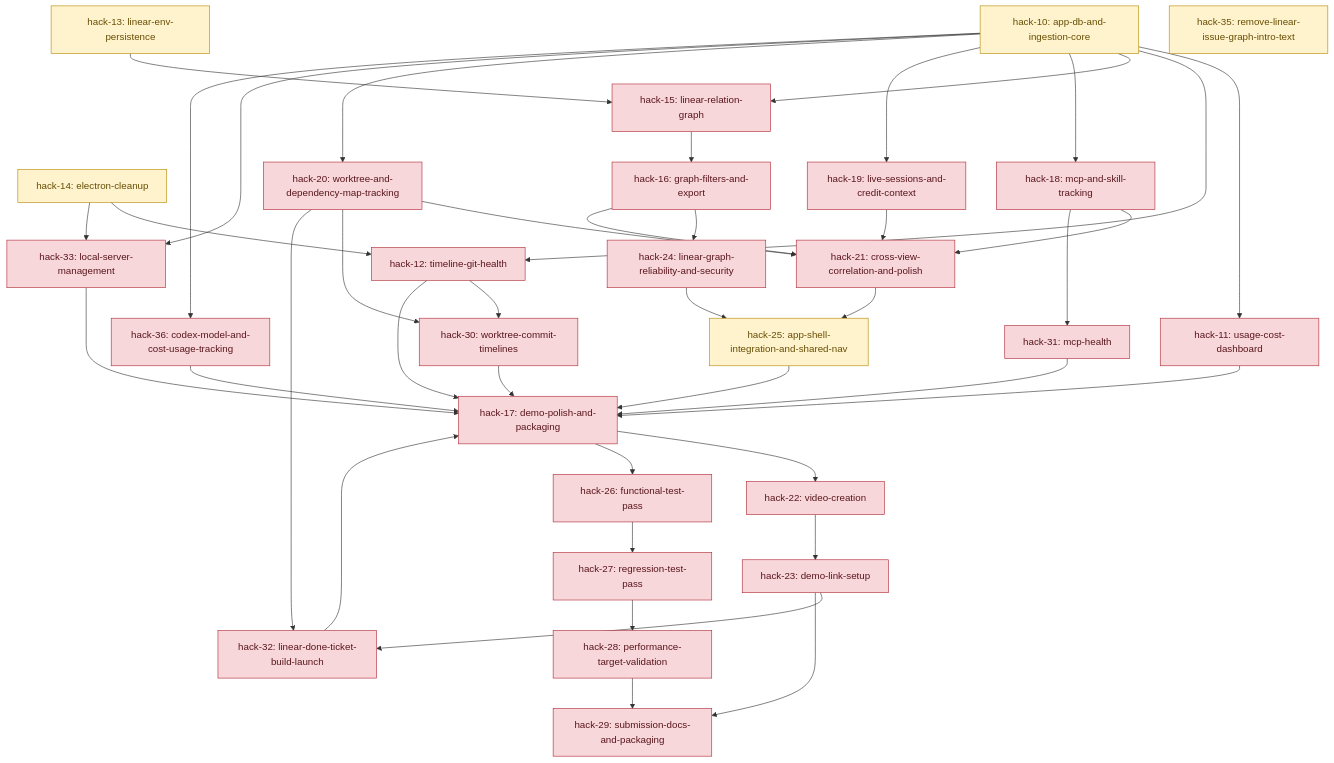
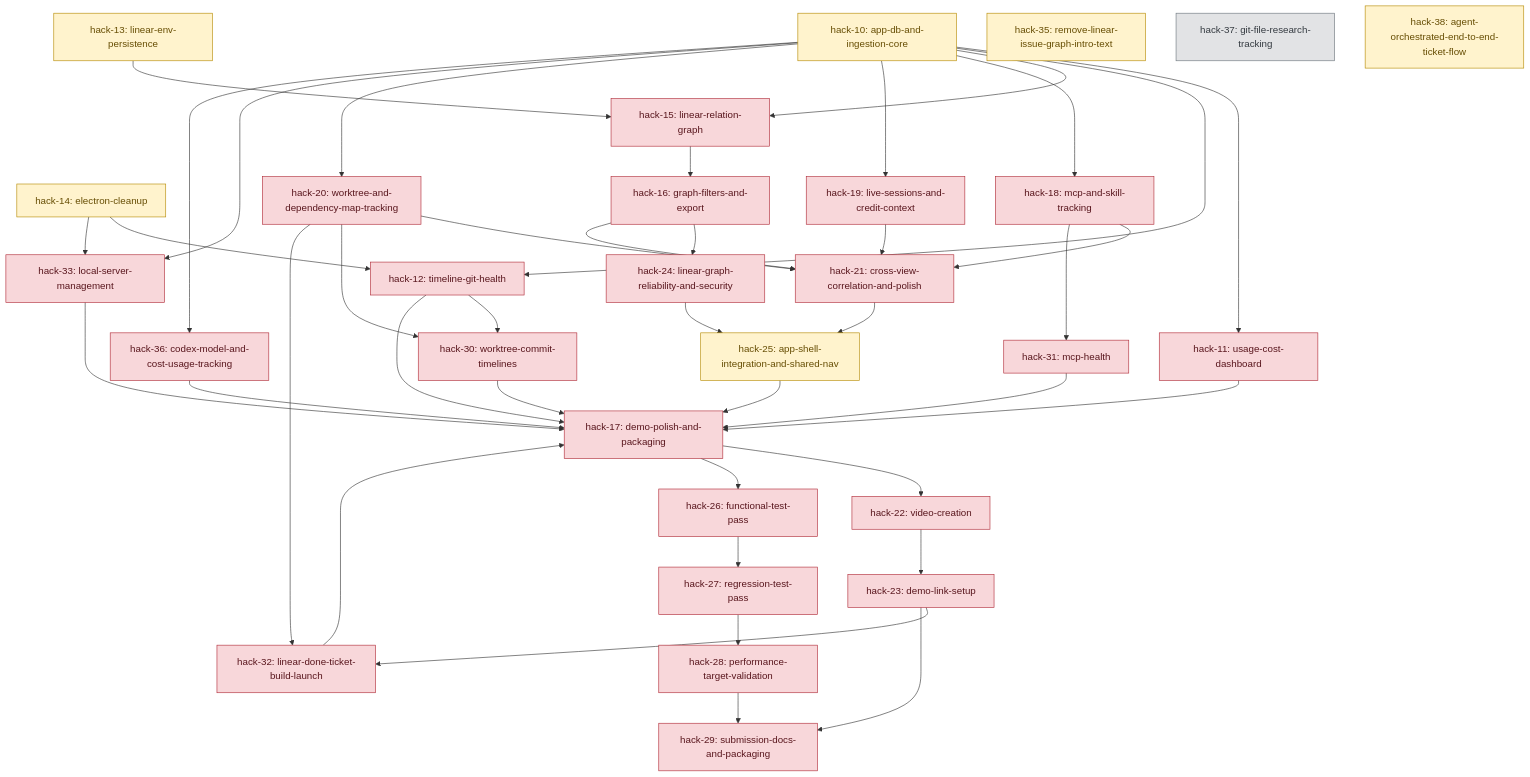
The diagram in DEPENDENCY_MAP.md (jaimindp/100x_your_codex), drawn with Mermaid before and after one commit. The commit also changed 3 other files, not shown here.

```diff
--- a/DEPENDENCY_MAP.md
+++ b/DEPENDENCY_MAP.md
@@ -51,6 +51,8 @@
   H33["hack-33: local-server-management"]
   H35["hack-35: remove-linear-issue-graph-intro-text"]
   H36["hack-36: codex-model-and-cost-usage-tracking"]
+  H37["hack-37: git-file-research-tracking"]
+  H38["hack-38: agent-orchestrated-end-to-end-ticket-flow"]
 
   H10 --> H11
   H10 --> H12
@@ -96,7 +98,8 @@
   class H13 inprog;
   class H14 inprog;
   class H25 inprog;
-  class H35 inprog;
+  class H35,H38 inprog;
+  class H37 todo;
   class H11,H12,H15,H16,H17,H18,H19,H20,H21,H22,H23,H24,H26,H27,H28,H29,H30,H31,H32,H33,H36 blocked;
 
   classDef todo fill:#e2e3e5,stroke:#6c757d,color:#343a40;
```
